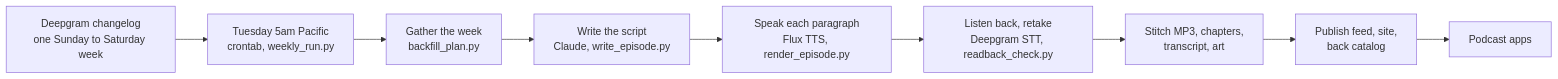
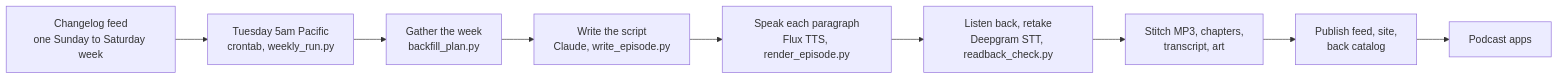
One commit to samgutentag-deepgram/deepgram-changelog-podcast changed the diagram in README.md. Above: the diagram before and after it, drawn with Mermaid. The commit also changed other lines of this file, not shown here.

````diff
--- a/README.md
+++ b/README.md
@@ -27,11 +130,11 @@
 ```mermaid
 flowchart LR
-  CL["Deepgram changelog<br/>one Sunday to Saturday week"] --> CRON["Tuesday 5am Pacific<br/>crontab, weekly_run.py"]
+  CL["Changelog feed<br/>one Sunday to Saturday week"] --> CRON["Tuesday 5am Pacific<br/>crontab, weekly_run.py"]
   CRON --> GATHER["Gather the week<br/>backfill_plan.py"]
   GATHER --> WRITE["Write the script<br/>Claude, write_episode.py"]
   WRITE --> SPEAK["Speak each paragraph<br/>Flux TTS, render_episode.py"]
   SPEAK --> CHECK["Listen back, retake<br/>Deepgram STT, readback_check.py"]
   CHECK --> STITCH["Stitch MP3, chapters,<br/>transcript, art"]
   STITCH --> PUB["Publish feed, site,<br/>back catalog"]
   PUB --> APPS["Podcast apps"]
 ```
````
